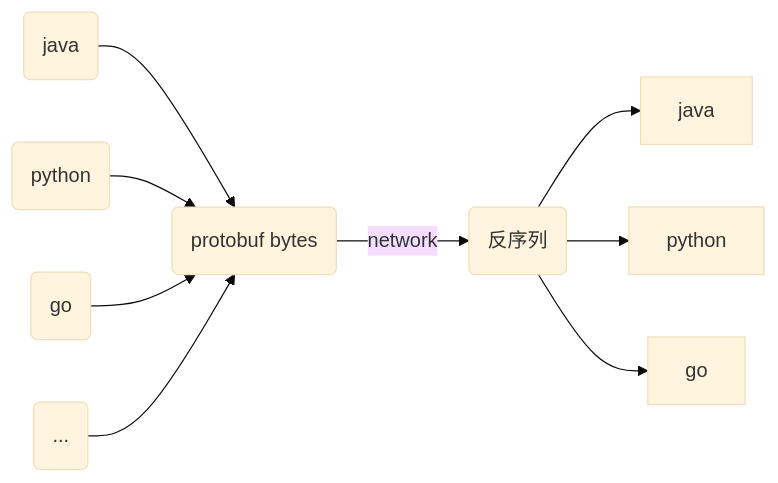
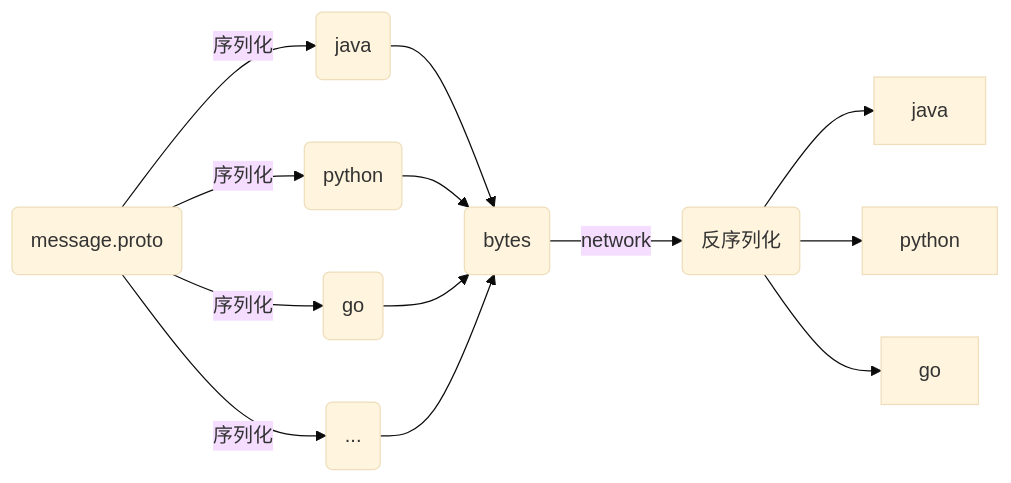
One commit to coveyliu/tech-docs changed the diagram in serialization/protobuf.md. Above: the diagram before and after it, drawn with Mermaid (base theme).

Commit message:
完善 protobuf 文档

````diff
--- a/serialization/protobuf.md
+++ b/serialization/protobuf.md
@@ -36,11 +36,15 @@
 ```mermaid
 graph LR;
-    j(java)-->A(protobuf bytes);
+	P(message.proto) --序列化--> j;
+	P --序列化--> p;
+	P --序列化--> g;
+	P --序列化--> o;
+    j(java)-->A(bytes);
     p(python)-->A;
     g(go)-->A;
-    B(...)-->A;
-    A --network--> D(反序列);
+    o(...)-->A;
+    A --network--> D(反序列化);
     D --> java;
     D --> python;
     D --> go;
 ```
````
